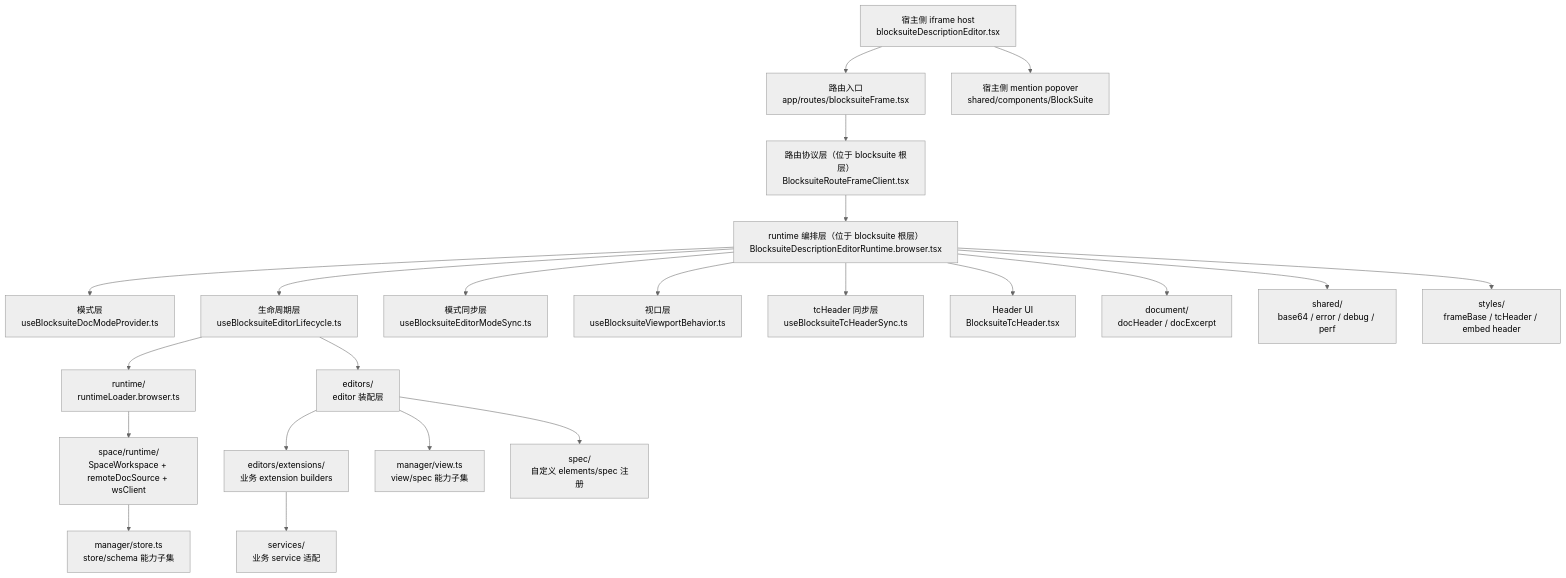
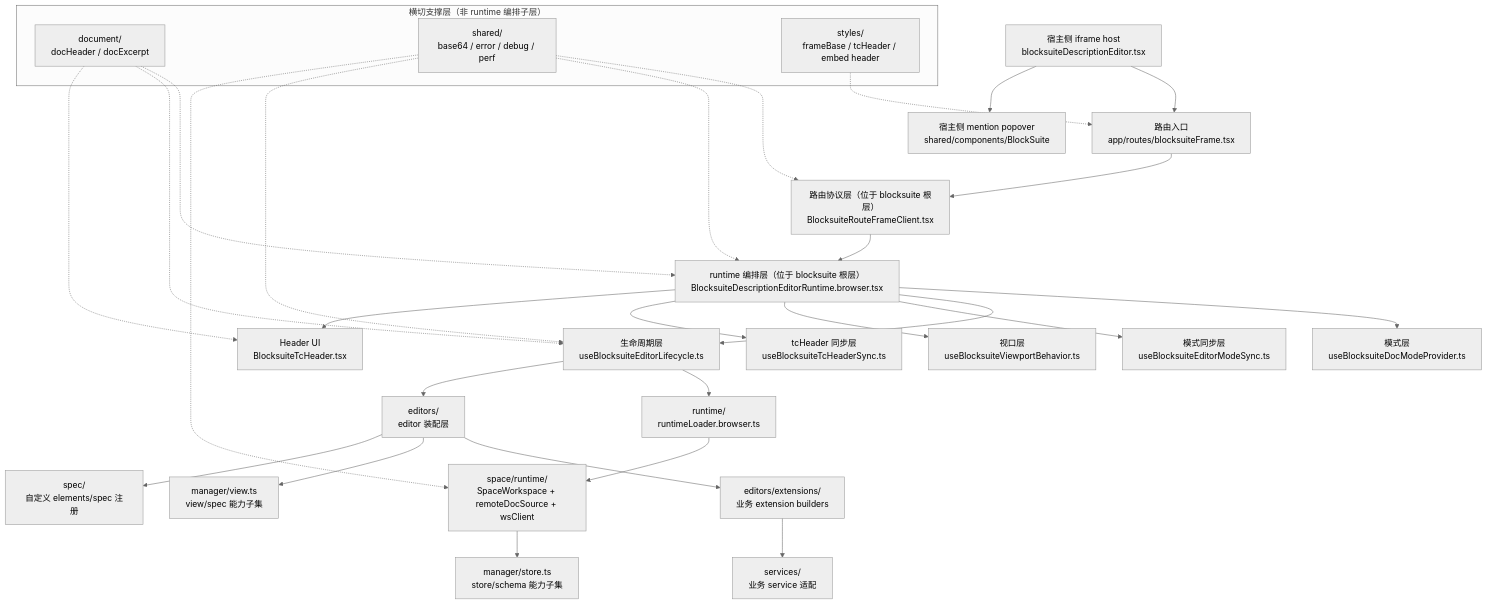
One commit to starrybamboo/tuan-chat-web changed the first of 2 diagrams in app/components/chat/infra/blocksuite/doc/ARCHITECTURE-OVERVIEW.md. Above: the diagram before and after it, drawn with Mermaid (neutral theme). The commit also changed other lines of this file, not shown here.

Commit message:
docs: correct blocksuite support layer diagram

````diff
--- a/app/components/chat/infra/blocksuite/doc/ARCHITECTURE-OVERVIEW.md
+++ b/app/components/chat/infra/blocksuite/doc/ARCHITECTURE-OVERVIEW.md
@@ -11,24 +11,36 @@
 ```mermaid
 flowchart TD
     Host["宿主侧 iframe host<br/>blocksuiteDescriptionEditor.tsx"] --> Route["路由入口<br/>app/routes/blocksuiteFrame.tsx"]
     Route --> FrameRoute["路由协议层（位于 blocksuite 根层）<br/>BlocksuiteRouteFrameClient.tsx"]
     FrameRoute --> RuntimeOrchestrator["runtime 编排层（位于 blocksuite 根层）<br/>BlocksuiteDescriptionEditorRuntime.browser.tsx"]
     RuntimeOrchestrator --> ModeLayer["模式层<br/>useBlocksuiteDocModeProvider.ts"]
     RuntimeOrchestrator --> LifecycleLayer["生命周期层<br/>useBlocksuiteEditorLifecycle.ts"]
     RuntimeOrchestrator --> ModeSyncLayer["模式同步层<br/>useBlocksuiteEditorModeSync.ts"]
     RuntimeOrchestrator --> ViewportLayer["视口层<br/>useBlocksuiteViewportBehavior.ts"]
     RuntimeOrchestrator --> HeaderSyncLayer["tcHeader 同步层<br/>useBlocksuiteTcHeaderSync.ts"]
     RuntimeOrchestrator --> HeaderUI["Header UI<br/>BlocksuiteTcHeader.tsx"]
     LifecycleLayer --> Runtime["runtime/<br/>runtimeLoader.browser.ts"]
     Runtime --> SpaceRuntime["space/runtime/<br/>SpaceWorkspace + remoteDocSource + wsClient"]
     LifecycleLayer --> Editors["editors/<br/>editor 装配层"]
     Editors --> Extensions["editors/extensions/<br/>业务 extension builders"]
     Extensions --> Services["services/<br/>业务 service 适配"]
     Editors --> ManagerView["manager/view.ts<br/>view/spec 能力子集"]
     SpaceRuntime --> ManagerStore["manager/store.ts<br/>store/schema 能力子集"]
-    RuntimeOrchestrator --> Document["document/<br/>docHeader / docExcerpt"]
-    RuntimeOrchestrator --> Shared["shared/<br/>base64 / error / debug / perf"]
     Editors --> Spec["spec/<br/>自定义 elements/spec 注册"]
-    RuntimeOrchestrator --> Styles["styles/<br/>frameBase / tcHeader / embed header"]
     Host --> Mention["宿主侧 mention popover<br/>shared/components/BlockSuite"]
+
+    subgraph Support["横切支撑层（非 runtime 编排子层）"]
+        Document["document/<br/>docHeader / docExcerpt"]
+        Shared["shared/<br/>base64 / error / debug / perf"]
+        Styles["styles/<br/>frameBase / tcHeader / embed header"]
+    end
+
+    Shared -.-> FrameRoute
+    Shared -.-> RuntimeOrchestrator
+    Shared -.-> LifecycleLayer
+    Shared -.-> SpaceRuntime
+    Document -.-> RuntimeOrchestrator
+    Document -.-> LifecycleLayer
+    Document -.-> HeaderUI
+    Styles -.-> Route
 ```
````
